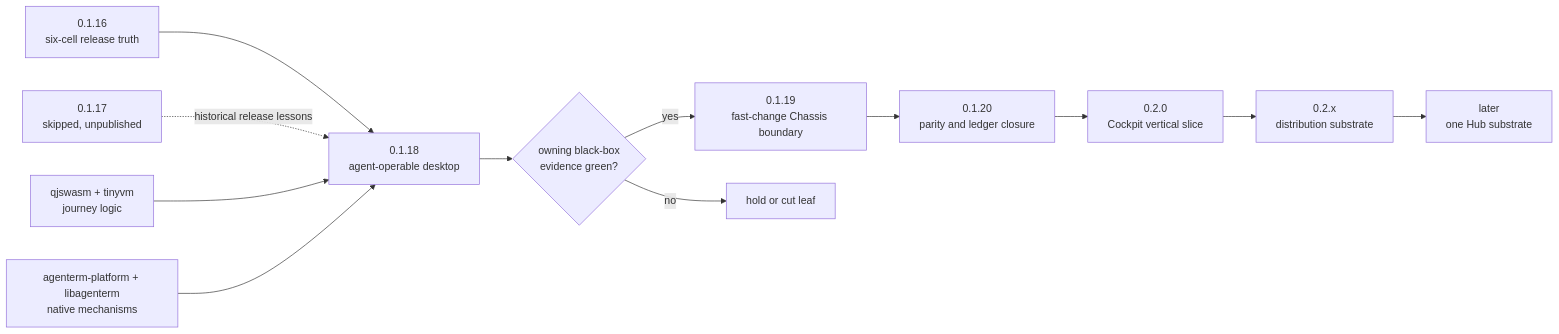
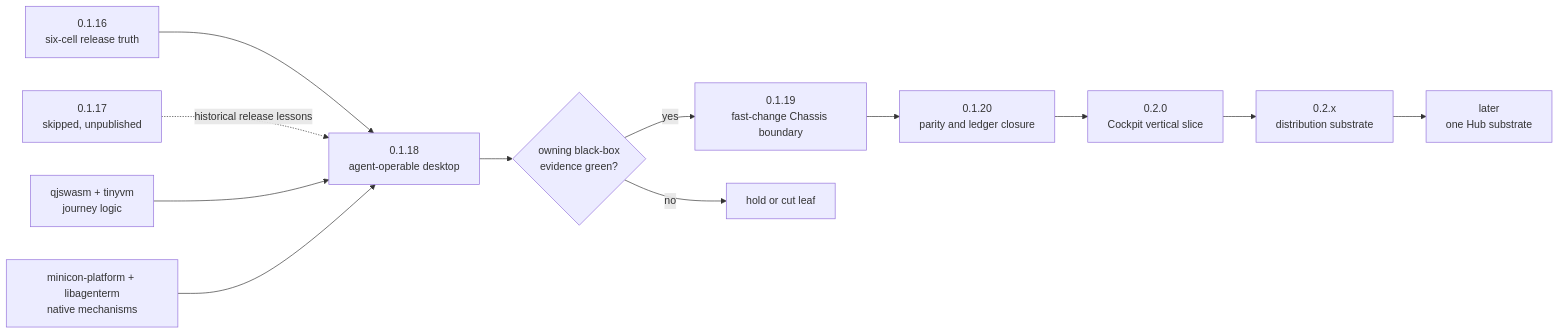
Before and after one commit to partnernetsoftware/agenterm: the diagram in plan/roadmap-0.1x-0.2x.md, drawn with Mermaid. The commit also changed 211 other files, not shown here.

First line of the commit message:
refactor(platform): rename agenterm_{platform,ui_core} references to minicon_*

````diff
--- a/plan/roadmap-0.1x-0.2x.md
+++ b/plan/roadmap-0.1x-0.2x.md
@@ -35,22 +35,22 @@
 ```mermaid
 flowchart LR
   R16["0.1.16<br/>six-cell release truth"]
   R17["0.1.17<br/>skipped, unpublished"]
   CU["0.1.18<br/>agent-operable desktop"]
   Q["qjswasm + tinyvm<br/>journey logic"]
-  P["agenterm-platform + libagenterm<br/>native mechanisms"]
+  P["minicon-platform + libagenterm<br/>native mechanisms"]
   CH["0.1.19<br/>fast-change Chassis boundary"]
   CL["0.1.20<br/>parity and ledger closure"]
   CC["0.2.0<br/>Cockpit vertical slice"]
   D["0.2.x<br/>distribution substrate"]
   H["later<br/>one Hub substrate"]
   K{"owning black-box<br/>evidence green?"}
   CUT["hold or cut leaf"]
 
   R16 --> CU
   R17 -. historical release lessons .-> CU
   Q & P --> CU
   CU --> K
   K -->|yes| CH --> CL --> CC --> D --> H
   K -->|no| CUT
 ```
````
